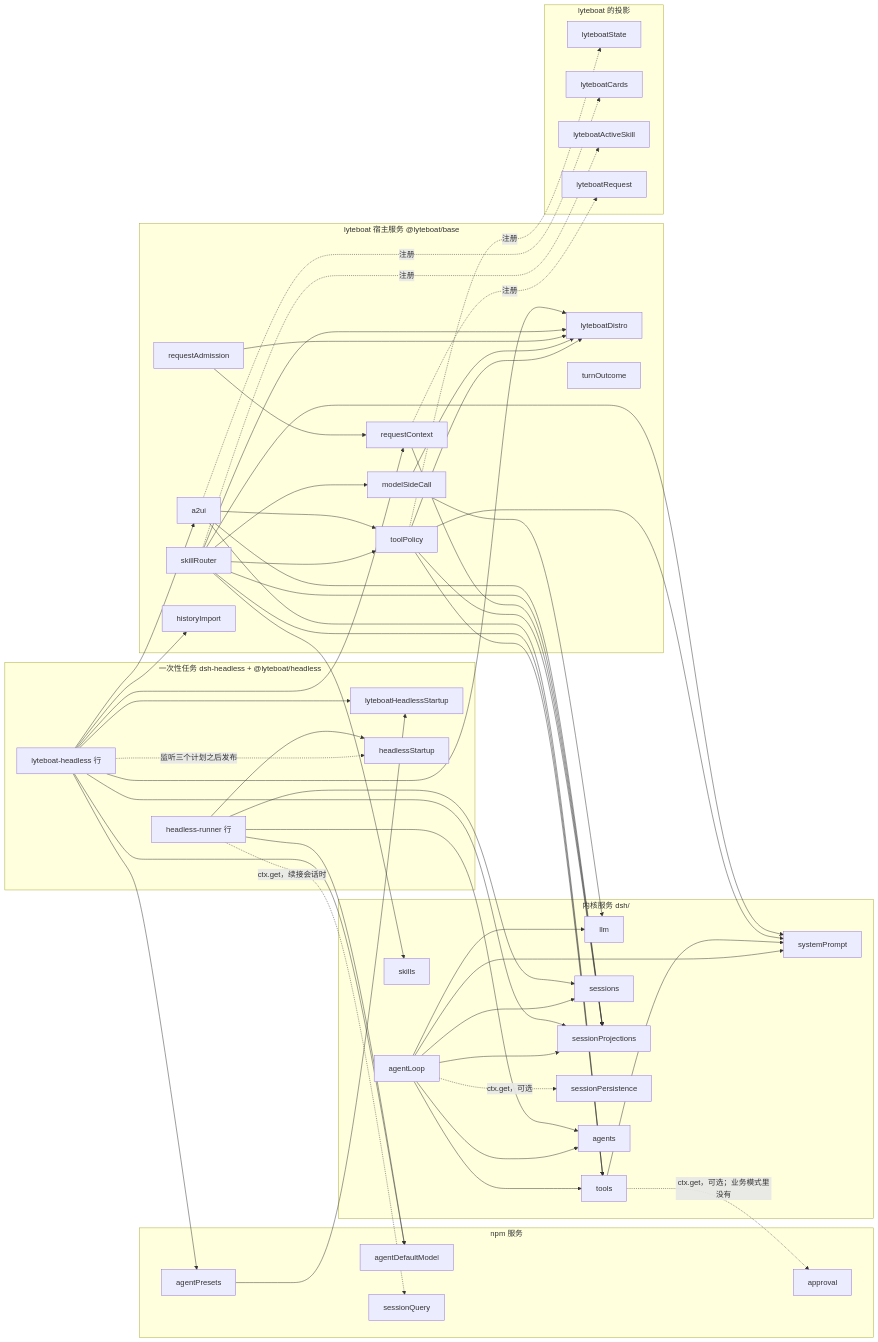
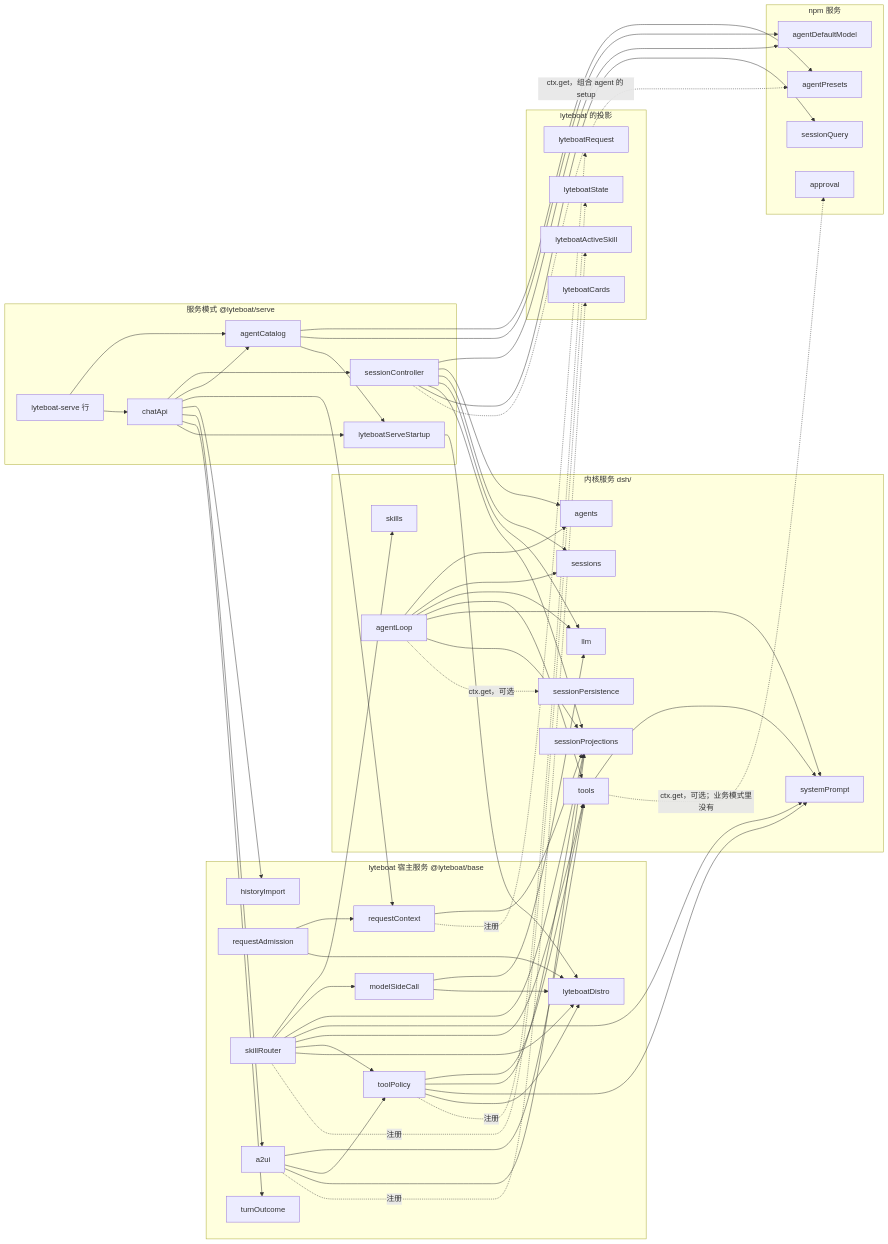
One commit to lyteboat/lyteboat changed the third of 11 diagrams in docs/01-architecture.md. Above: the diagram before and after it, drawn with Mermaid. The commit also changed other lines of this file and 4 other files, not shown here.

First line of the commit message:
docs: @lyteboat/headless — the docs run business agents through serve and /chat

````diff
--- a/docs/01-architecture.md
+++ b/docs/01-architecture.md
@@ -169,62 +167,64 @@
 ```mermaid
 flowchart LR
   subgraph KS["内核服务 dsh/"]
     llm["llm"]
     tools["tools"]
     skills["skills"]
     sessions["sessions"]
     sp["systemPrompt"]
     proj["sessionProjections"]
     persist["sessionPersistence"]
     agentsS["agents"]
     loop["agentLoop"]
   end
   subgraph NS["npm 服务"]
     approval["approval"]
     presets["agentPresets"]
     dm["agentDefaultModel"]
     sq["sessionQuery"]
   end
   subgraph BS["lyteboat 宿主服务 @lyteboat/base"]
     distro["lyteboatDistro"]
     tp["toolPolicy"]
     aux["modelSideCall"]
     rc["requestContext"]
     to["turnOutcome"]
     ra["requestAdmission"]
     sr["skillRouter"]
     a2ui["a2ui"]
     hi["historyImport"]
   end
-  subgraph RS["一次性任务 dsh-headless + @lyteboat/headless"]
-    startup["lyteboatHeadlessStartup"]
-    hooks["lyteboat-headless 行"]
-    hstart["headlessStartup"]
-    runner["headless-runner 行"]
+  subgraph RS["服务模式 @lyteboat/serve"]
+    startup["lyteboatServeStartup"]
+    cat["agentCatalog"]
+    sc["sessionController"]
+    chat["chatApi"]
+    runner["lyteboat-serve 行"]
   end
   subgraph PS["lyteboat 的投影"]
     pState["lyteboatState"]
     pCards["lyteboatCards"]
     pSkill["lyteboatActiveSkill"]
     pReq["lyteboatRequest"]
   end
   loop --> agentsS & sessions & llm & tools & sp & proj
   tools --> sp
   tp --> tools & proj & sp & distro
   aux --> llm & distro
   rc --> proj
   ra --> rc & distro
   sr --> skills & aux & proj & sp & tools & tp & distro
   a2ui --> tools & tp & proj
-  presets --> startup
-  hooks --> distro & dm & presets & proj & hi & a2ui & rc & startup
-  hooks -.->|"监听三个计划之后发布"| hstart
-  runner --> dm & agentsS & sessions & hstart
-  runner -.->|"ctx.get，续接会话时"| sq
+  startup --> distro
+  cat --> presets & dm & startup
+  sc --> dm & agentsS & sessions & llm & proj & sq
+  sc -.->|"ctx.get，组合 agent 的 setup"| presets
+  chat --> sc & cat & rc & hi & a2ui & to & startup
+  runner --> cat & chat
   tp -.->|"注册"| pState
   a2ui -.->|"注册"| pCards
   sr -.->|"注册"| pSkill
   rc -.->|"注册"| pReq
   tools -.->|"ctx.get，可选；业务模式里没有"| approval
   loop -.->|"ctx.get，可选"| persist
 ```
````
